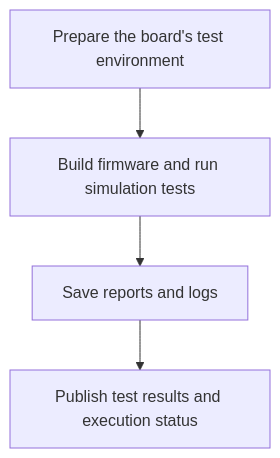
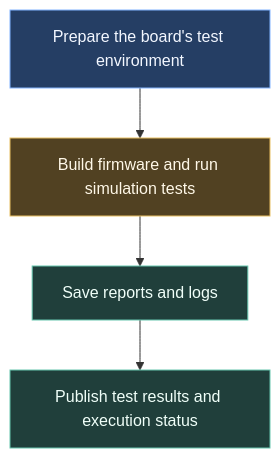
One commit to ARTTU-Software/.github changed the third of 4 diagrams in docs/ci/README.md. Above: the diagram before and after it, drawn with Mermaid. The commit also changed other lines of this file and 5 other files, not shown here.

Commit message:
docs: use sidebar sections and restore coloured Mermaid diagrams

````diff
--- a/docs/ci/README.md
+++ b/docs/ci/README.md
@@ -104,6 +114,14 @@
 ```mermaid
 flowchart TB
     SETUP["Prepare the board's test environment"] --> RUN["Build firmware and run simulation tests"]
     RUN --> SAVE["Save reports and logs"]
     SAVE --> PUBLISH["Publish test results and execution status"]
+
+    classDef task fill:#253e64,stroke:#82b4ff,color:#f3f7ff
+    classDef process fill:#203f3b,stroke:#66c5ae,color:#f0fff9
+    classDef check fill:#514122,stroke:#e8bf63,color:#fff8e8
+    classDef failure fill:#512d3d,stroke:#ef91ac,color:#fff1f6
+    class SETUP task
+    class RUN check
+    class SAVE,PUBLISH process
 ```
````
